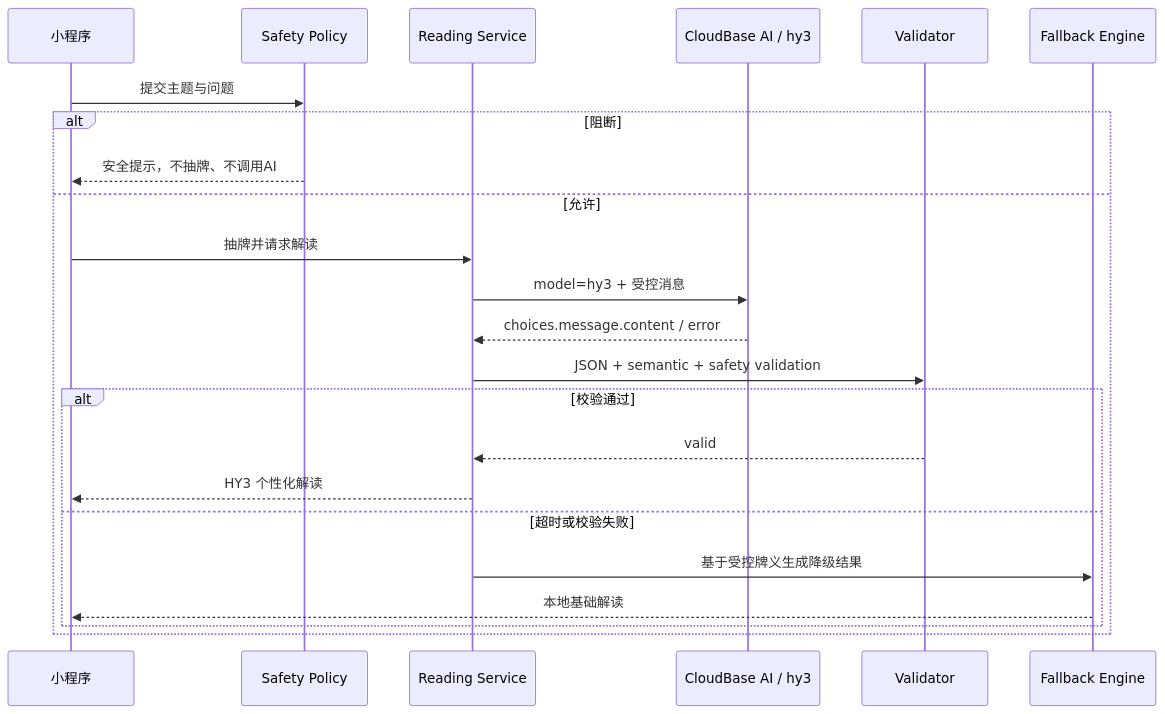
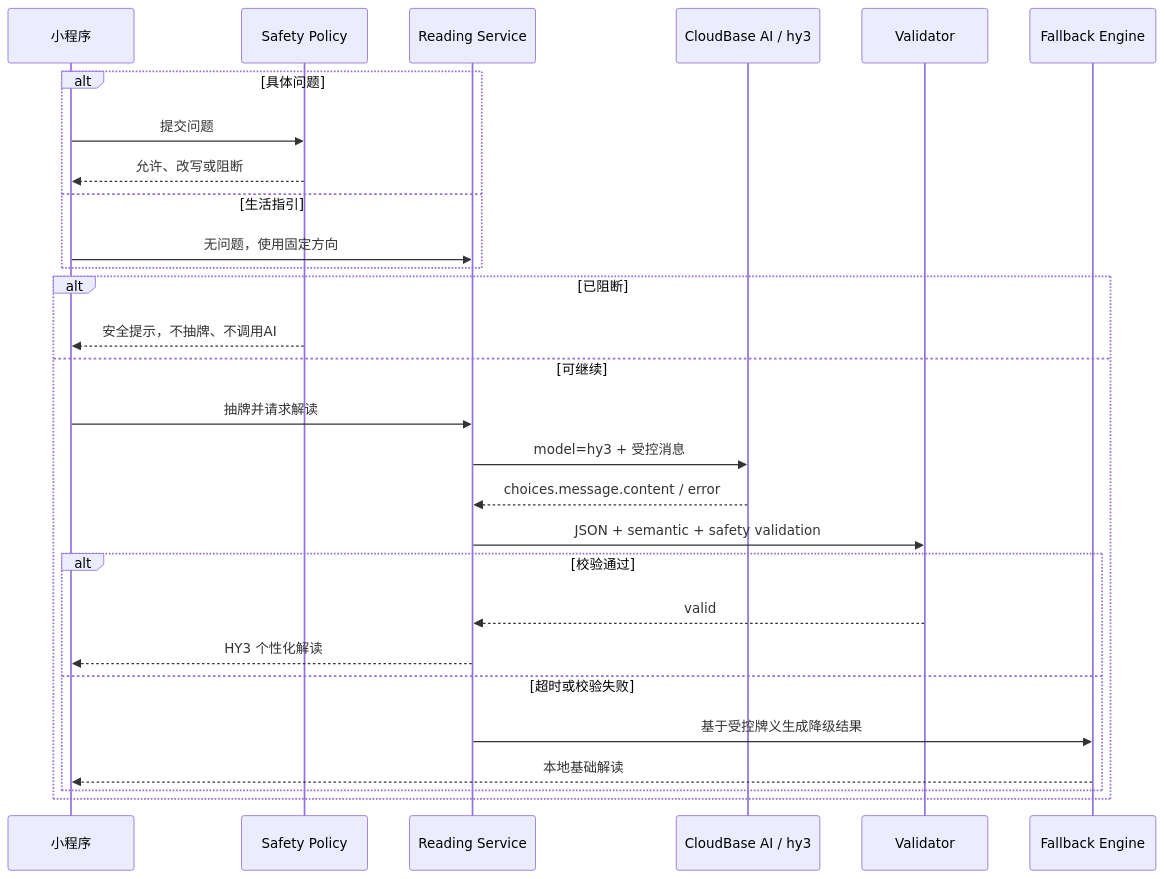
The third of 3 diagrams in docs/product/03-technical-architecture.md (chenzhiyong1994/arcana-mirror), drawn with Mermaid before and after one commit. The commit also changed other lines of this file and 24 other files, not shown here.

````diff
--- a/docs/product/03-technical-architecture.md
+++ b/docs/product/03-technical-architecture.md
@@ -264,26 +266,31 @@
 ```mermaid
 sequenceDiagram
     participant MP as 小程序
     participant SAFE as Safety Policy
     participant SVC as Reading Service
     participant CBAI as CloudBase AI / hy3
     participant VAL as Validator
     participant FB as Fallback Engine
 
-    MP->>SAFE: 提交主题与问题
-    alt 阻断
+    alt 具体问题
+        MP->>SAFE: 提交问题
+        SAFE-->>MP: 允许、改写或阻断
+    else 生活指引
+        MP->>SVC: 无问题，使用固定方向
+    end
+    alt 已阻断
         SAFE-->>MP: 安全提示，不抽牌、不调用AI
-    else 允许
+    else 可继续
         MP->>SVC: 抽牌并请求解读
         SVC->>CBAI: model=hy3 + 受控消息
         CBAI-->>SVC: choices.message.content / error
         SVC->>VAL: JSON + semantic + safety validation
         alt 校验通过
             VAL-->>SVC: valid
             SVC-->>MP: HY3 个性化解读
         else 超时或校验失败
             SVC->>FB: 基于受控牌义生成降级结果
             FB-->>MP: 本地基础解读
         end
     end
 ```
````
